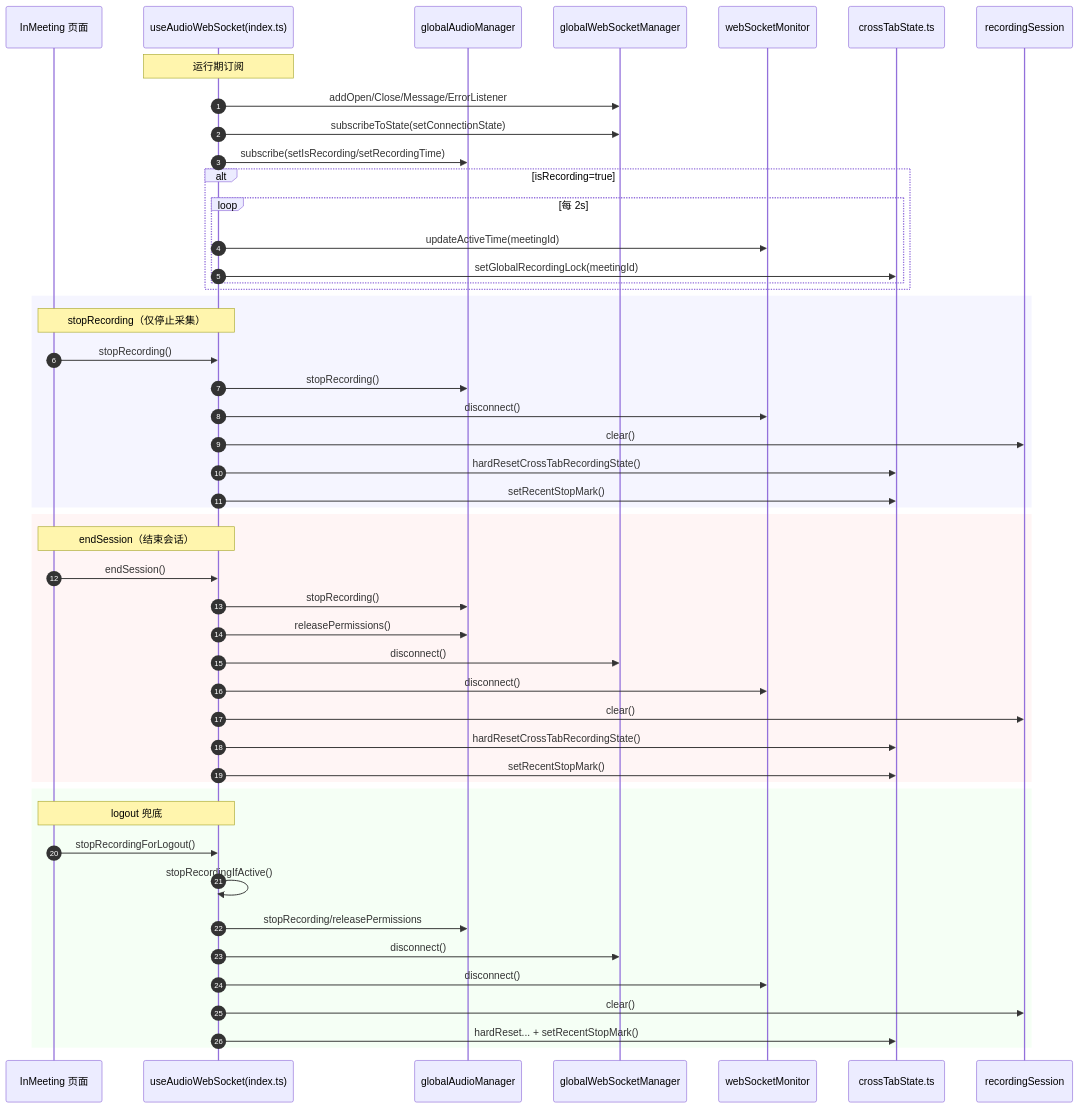
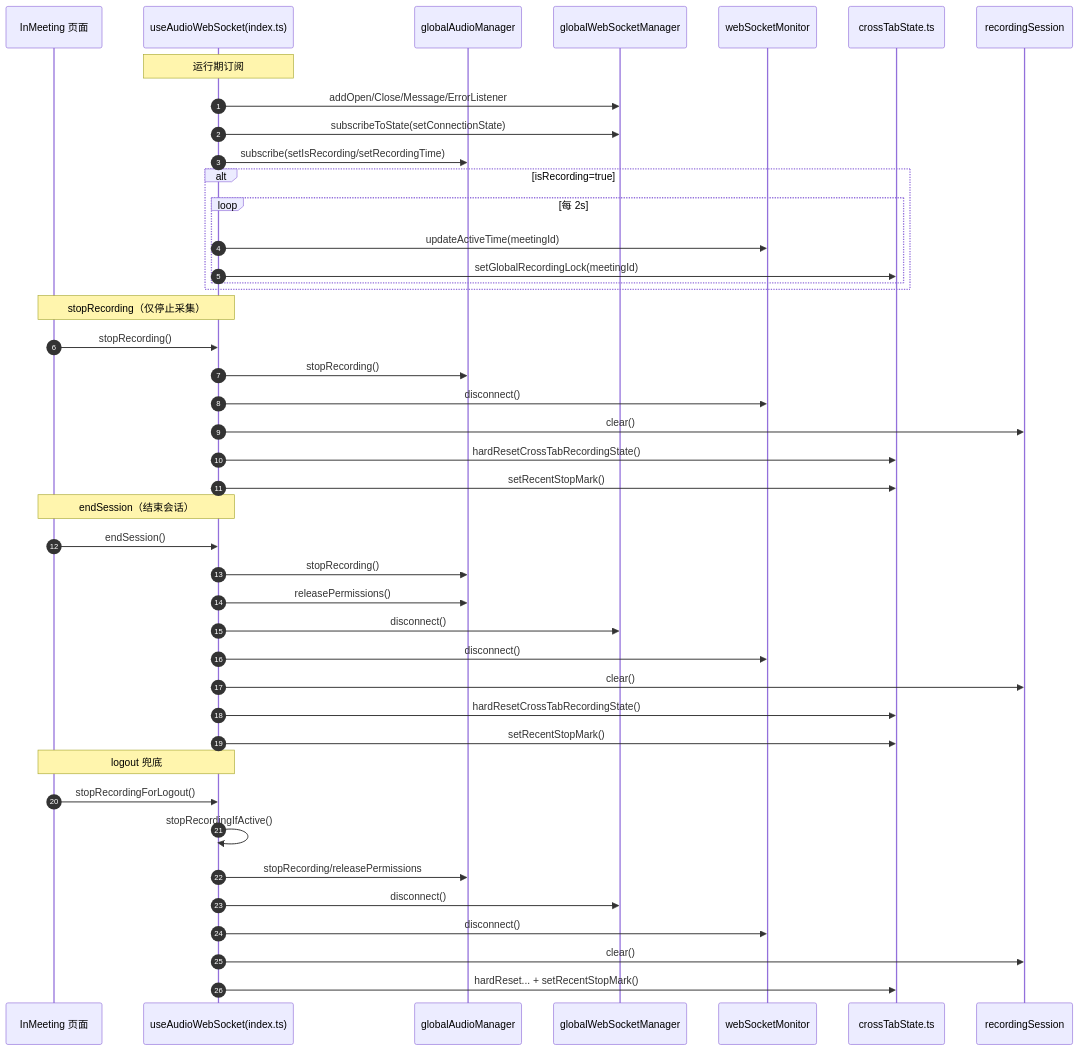
Before and after one commit to HZMGIT/cursor-test: the second of 4 diagrams in docs/audio-websocket-flow.md, drawn with Mermaid. The commit also changed other lines of this file, not shown here.

````diff
--- a/docs/audio-websocket-flow.md
+++ b/docs/audio-websocket-flow.md
@@ -105,56 +105,50 @@
 ```mermaid
 sequenceDiagram
     autonumber
     participant UI as InMeeting 页面
     participant Hook as useAudioWebSocket(index.ts)
     participant Audio as globalAudioManager
     participant WS as globalWebSocketManager
     participant Mon as webSocketMonitor
     participant Cross as crossTabState.ts
     participant Sess as recordingSession
 
     Note over Hook: 运行期订阅
     Hook->>WS: addOpen/Close/Message/ErrorListener
     Hook->>WS: subscribeToState(setConnectionState)
     Hook->>Audio: subscribe(setIsRecording/setRecordingTime)
 
     alt isRecording=true
         loop 每 2s
             Hook->>Mon: updateActiveTime(meetingId)
             Hook->>Cross: setGlobalRecordingLock(meetingId)
         end
     end
 
-    rect rgb(245,245,255)
     Note over UI,Hook: stopRecording（仅停止采集）
     UI->>Hook: stopRecording()
     Hook->>Audio: stopRecording()
     Hook->>Mon: disconnect()
     Hook->>Sess: clear()
     Hook->>Cross: hardResetCrossTabRecordingState()
     Hook->>Cross: setRecentStopMark()
-    end
 
-    rect rgb(255,245,245)
     Note over UI,Hook: endSession（结束会话）
     UI->>Hook: endSession()
     Hook->>Audio: stopRecording()
     Hook->>Audio: releasePermissions()
     Hook->>WS: disconnect()
     Hook->>Mon: disconnect()
     Hook->>Sess: clear()
     Hook->>Cross: hardResetCrossTabRecordingState()
     Hook->>Cross: setRecentStopMark()
-    end
 
-    rect rgb(245,255,245)
     Note over UI,Hook: logout 兜底
     UI->>Hook: stopRecordingForLogout()
     Hook->>Hook: stopRecordingIfActive()
     Hook->>Audio: stopRecording/releasePermissions
     Hook->>WS: disconnect()
     Hook->>Mon: disconnect()
     Hook->>Sess: clear()
     Hook->>Cross: hardReset... + setRecentStopMark()
-    end
 ```
````
